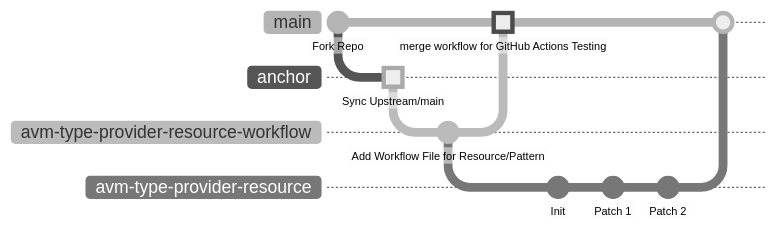
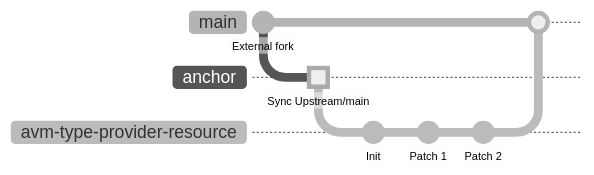
Before and after one commit to Azure/Azure-Verified-Modules: the second of 2 diagrams in docs/content/contributing/bicep/bicep-contribution-flow/_index.md, drawn with Mermaid (neutral theme). The commit also changed other lines of this file and 27 other files, not shown here.

```diff
--- a/docs/content/contributing/bicep/bicep-contribution-flow/_index.md
+++ b/docs/content/contributing/bicep/bicep-contribution-flow/_index.md
@@ -59,27 +60,22 @@
 {{< mermaid zoom="true" >}}
 ---
 
 config:
   logLevel: debug
   gitGraph:
     rotateCommitLabel: false
 ---
 
 gitGraph LR:
-  commit id:"Fork Repo"
+  commit id:"External fork"
   branch anchor
   checkout anchor
   commit id:"Sync Upstream/main" type: HIGHLIGHT
-  branch avm-type-provider-resource-workflow
-  checkout avm-type-provider-resource-workflow
-  commit id:"Add Workflow File for Resource/Pattern"
   branch avm-type-provider-resource
-  checkout main
-  merge avm-type-provider-resource-workflow id: "merge workflow for GitHub Actions Testing" type: HIGHLIGHT
   checkout avm-type-provider-resource
   commit id:"Init"
   commit id:"Patch 1"
   commit id:"Patch 2"
   checkout main
   merge avm-type-provider-resource
 {{< /mermaid >}}
```
